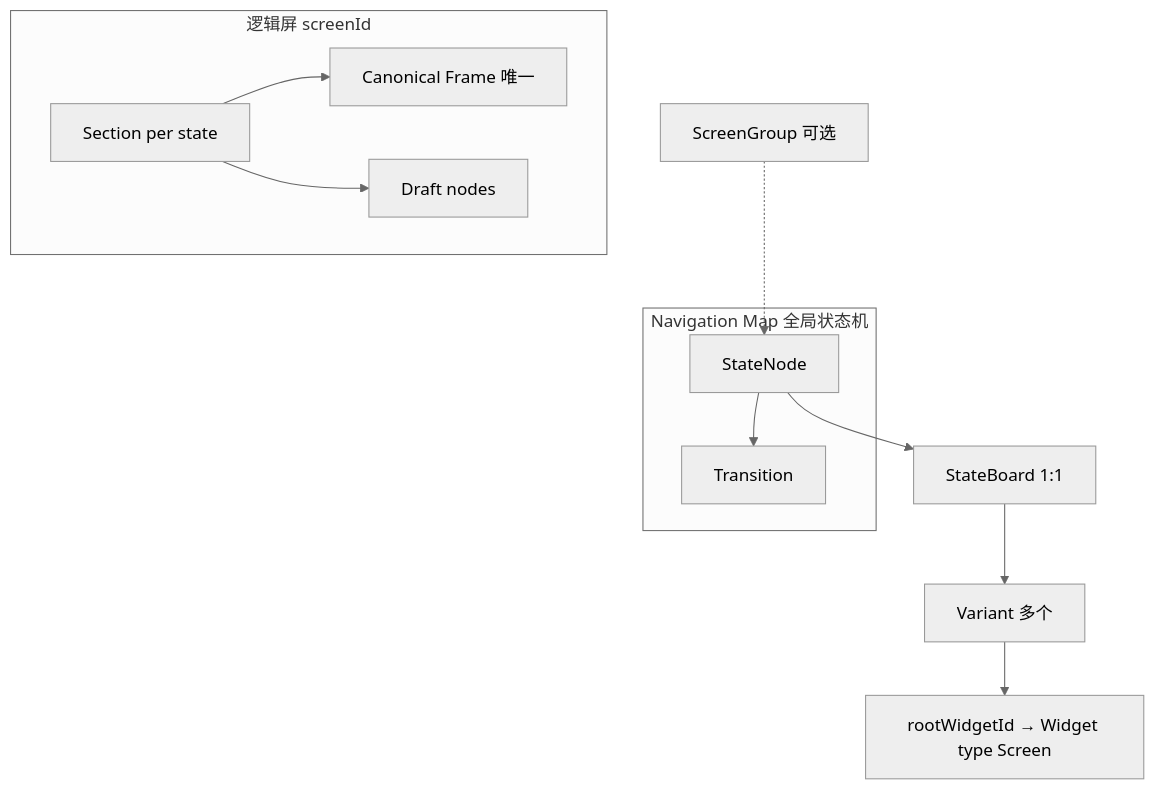
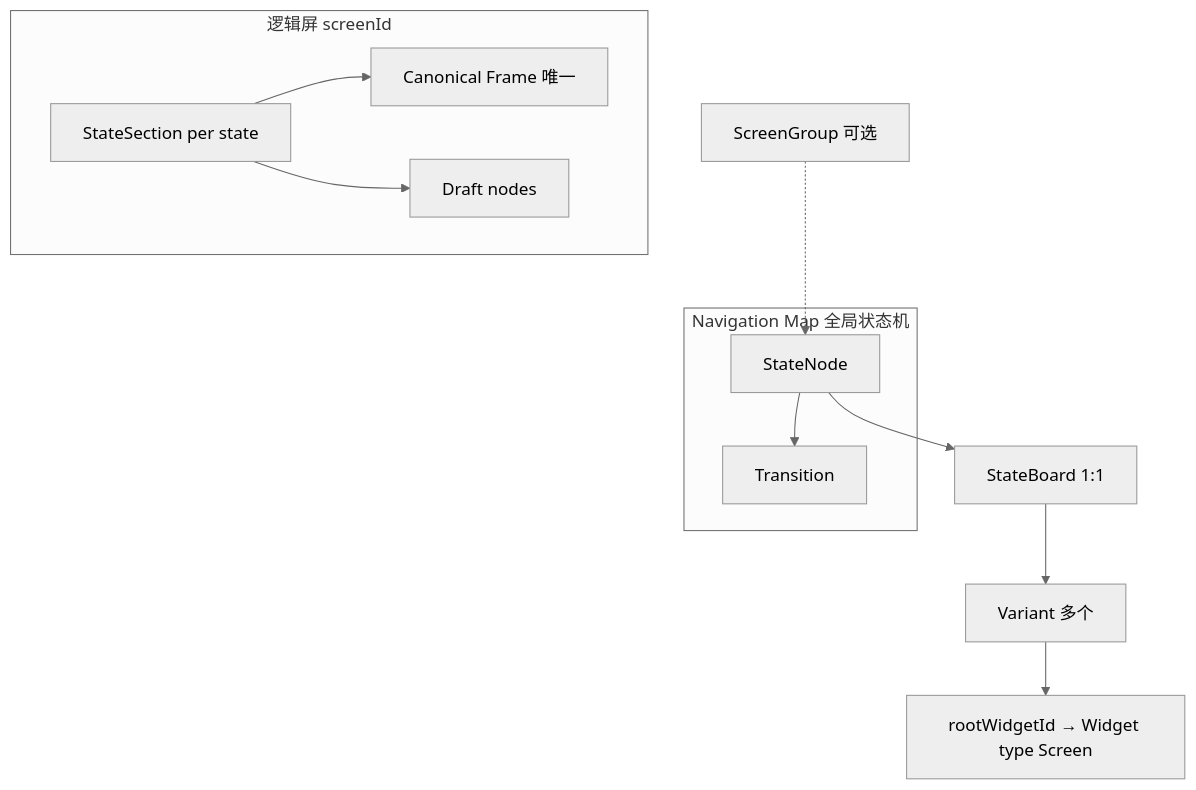
Before and after one commit to Jerry744/SpareCircle: the diagram in wiki/terminology.md, drawn with Mermaid (neutral theme). The commit also changed other lines of this file and 9 other files, not shown here.

````diff
--- a/wiki/terminology.md
+++ b/wiki/terminology.md
@@ -134,22 +134,22 @@
 ```mermaid
 flowchart TB
   subgraph Nav["Navigation Map 全局状态机"]
     SN[StateNode]
     TR[Transition]
     SN --> TR
   end
 
   SN --> SB[StateBoard 1:1]
   SB --> VAR[Variant 多个]
   VAR --> RW[rootWidgetId → Widget type Screen]
 
   subgraph ScreenScope["逻辑屏 screenId"]
-    SEC[Section per state]
+    SEC[StateSection per state]
     CF[Canonical Frame 唯一]
     DRAFT[Draft nodes]
     SEC --> CF
     SEC --> DRAFT
   end
 
   SG[ScreenGroup 可选] -.-> SN
 ```
````
